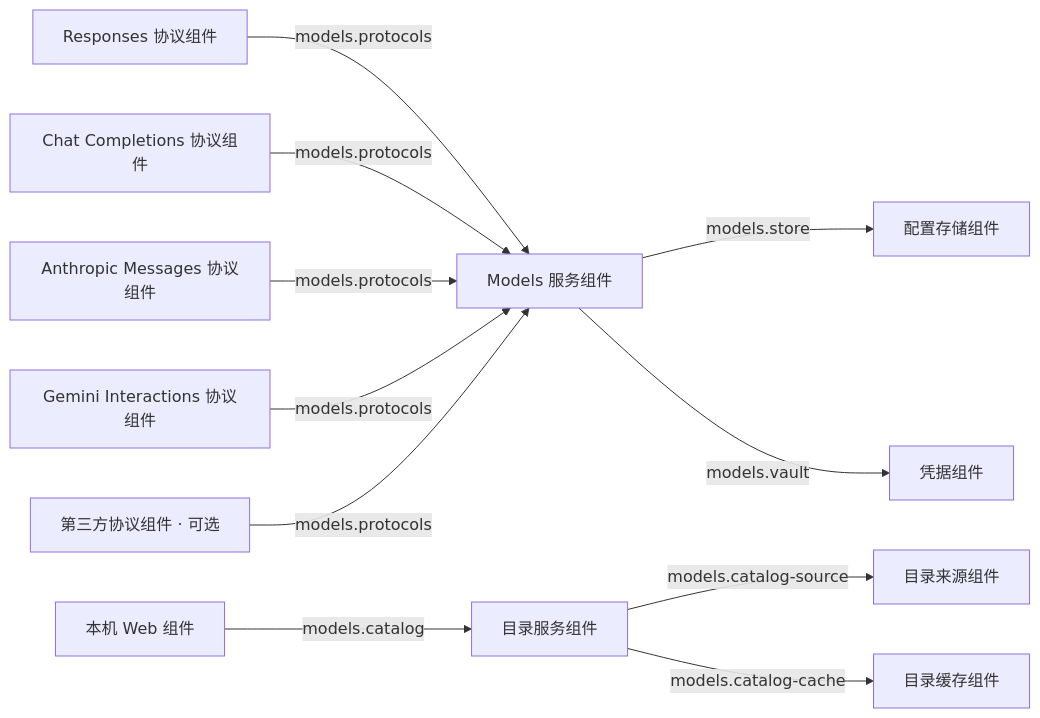
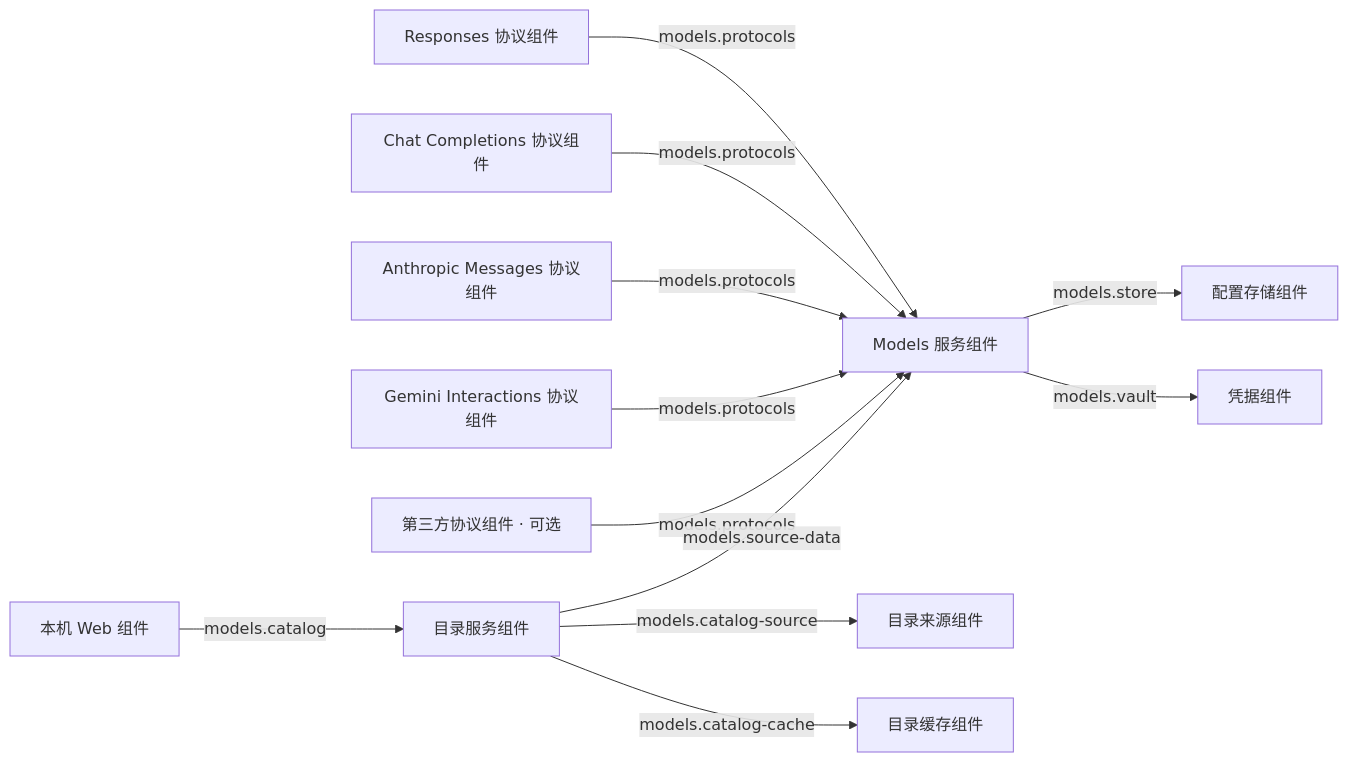
The second of 3 diagrams in docs/architecture/models-module.md (fanfan-de/AnyboxV2), drawn with Mermaid before and after one commit. The commit also changed other lines of this file and 68 other files, not shown here.

````diff
--- a/docs/architecture/models-module.md
+++ b/docs/architecture/models-module.md
@@ -70,13 +74,14 @@
 ```mermaid
 flowchart LR
     responses["Responses 协议组件"] -->|models.protocols| core["Models 服务组件"]
     chat["Chat Completions 协议组件"] -->|models.protocols| core
     anthropic["Anthropic Messages 协议组件"] -->|models.protocols| core
     gemini["Gemini Interactions 协议组件"] -->|models.protocols| core
     extension["第三方协议组件 · 可选"] -->|models.protocols| core
     core -->|models.store| store["配置存储组件"]
     core -->|models.vault| vault["凭据组件"]
     catalog["目录服务组件"] -->|models.catalog-source| source["目录来源组件"]
     catalog -->|models.catalog-cache| cache["目录缓存组件"]
+    catalog -->|models.source-data| core
     web["本机 Web 组件"] -->|models.catalog| catalog
 ```
````
